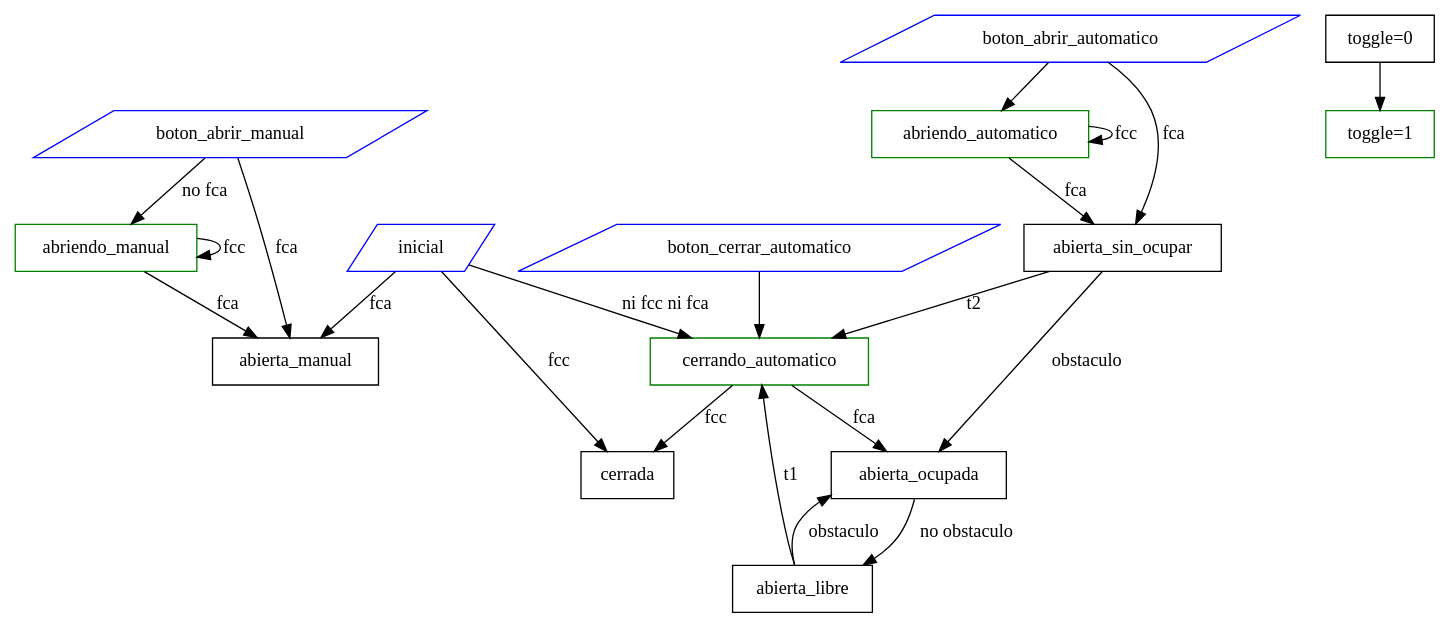
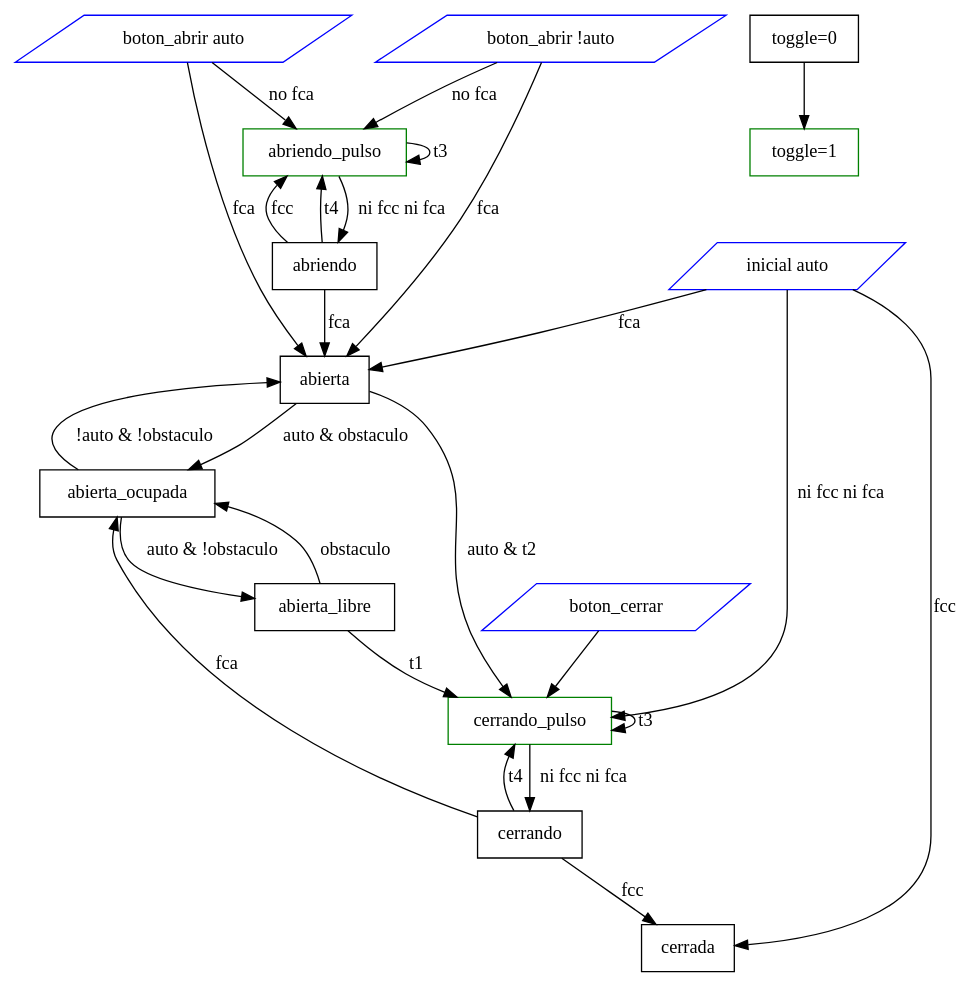
The diagram in xboardrelay_dhcp_parking/diagrama_estados.dot (kreitek/parkingBarrera), drawn with Graphviz before and after one commit. The commit also changed 11 other files, not shown here.

```diff
--- a/xboardrelay_dhcp_parking/diagrama_estados.dot
+++ b/xboardrelay_dhcp_parking/diagrama_estados.dot
@@ -1,42 +1,47 @@
 digraph G {
 
     { 
-        inicial [shape=parallelogram color=blue]
-        boton_cerrar_automatico [shape=parallelogram color=blue]
-        boton_abrir_automatico [shape=parallelogram color=blue]
-        boton_abrir_manual [shape=parallelogram color=blue]
-        abriendo_automatico [shape=box color=green]
-        abriendo_manual [shape=box color=green]
-        abierta_manual [shape=box color=black]
+        "inicial auto" [shape=parallelogram color=blue]
+        boton_cerrar [shape=parallelogram color=blue]
+        "boton_abrir auto" [shape=parallelogram color=blue]
+        "boton_abrir !auto" [shape=parallelogram color=blue]
+        abriendo_pulso [shape=box color=green]
+        abriendo [shape=box color=black]
         abierta_libre [shape=box color=black]
         abierta_ocupada [shape=box color=black]
-        abierta_sin_ocupar [shape=box color=black]
-        cerrando_automatico [shape=box color=green]
+        abierta [shape=box color=black]
+        cerrando_pulso [shape=box color=green]
+        cerrando [shape=box color=black]
         cerrada [shape=box color=black]
         "toggle=1" [shape=box color=green]
         "toggle=0" [shape=box color=black]
     }
 
-    boton_cerrar_automatico -> cerrando_automatico
-    boton_abrir_automatico -> abriendo_automatico
-    boton_abrir_automatico -> abierta_sin_ocupar [label="fca"]
-    boton_abrir_manual -> abriendo_manual [label="no fca"]
-    abriendo_manual -> abriendo_manual [label="fcc"]
-    boton_abrir_manual -> abierta_manual [label="fca"]
+    boton_cerrar -> cerrando_pulso
+    "boton_abrir auto" -> abriendo_pulso [label="no fca"]
+    "boton_abrir auto" -> abierta [label="fca"]
+    "boton_abrir !auto" -> abriendo_pulso [label="no fca"]
+    "boton_abrir !auto" -> abierta [label="fca"]
 
-    inicial -> cerrada [label="fcc"]
-    inicial -> abierta_manual [label="fca"]
-    inicial -> cerrando_automatico [label="ni fcc ni fca"]
-    abriendo_automatico -> abierta_sin_ocupar [label="fca"]
-    abriendo_automatico -> abriendo_automatico [label="fcc"]
-    abierta_sin_ocupar -> abierta_ocupada [label="obstaculo"]
-    abierta_sin_ocupar -> cerrando_automatico [label="t2"]
-    abierta_ocupada -> abierta_libre [label="no obstaculo"]
+    "inicial auto" -> cerrada [label="fcc"]
+    "inicial auto" -> abierta [label="fca"]
+    "inicial auto" -> cerrando_pulso [label="ni fcc ni fca"]
+    abriendo_pulso -> abriendo [label="ni fcc ni fca"]
+    abriendo -> abierta [label="fca"]
+    abriendo -> abriendo_pulso [label="fcc"]
+    abriendo_pulso -> abriendo_pulso [label="t3"]
+    abriendo -> abriendo_pulso [label="t4"]
+    abierta -> abierta_ocupada [label="auto & obstaculo"]
+    abierta_ocupada -> abierta [label="!auto & !obstaculo"]
+    abierta -> cerrando_pulso [label="auto & t2"]
+    abierta_ocupada -> abierta_libre [label="auto & !obstaculo"]
     abierta_libre -> abierta_ocupada [label="obstaculo"]
-    abierta_libre -> cerrando_automatico [label="t1"]
-    cerrando_automatico -> cerrada [label="fcc"]
-    cerrando_automatico -> abierta_ocupada [label="fca"]
-    abriendo_manual -> abierta_manual [label="fca"]
+    abierta_libre -> cerrando_pulso [label="t1"]
+    cerrando_pulso -> cerrando_pulso [label="t3"]
+    cerrando -> cerrando_pulso [label="t4"]
+    cerrando_pulso -> cerrando [label="ni fcc ni fca"]
+    cerrando -> cerrada [label="fcc"]
+    cerrando -> abierta_ocupada [label="fca"]
 
 	"toggle=0" -> "toggle=1"
 }
```
